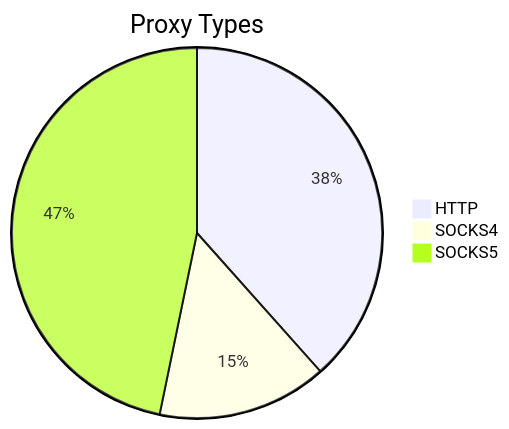
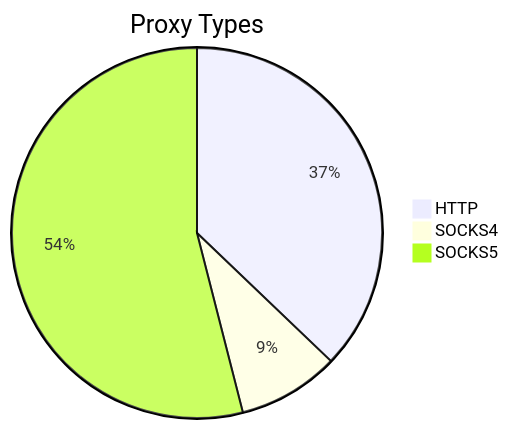
Before and after one commit to stormsia/proxy-list: the first of 2 diagrams in README.md, drawn with Mermaid. The commit also changed other lines of this file, not shown here.

````diff
--- a/README.md
+++ b/README.md
@@ -21,6 +21,6 @@
 ```mermaid
 pie title Proxy Types
-    "HTTP" : 285
-    "SOCKS4" : 110
-    "SOCKS5" : 347
+    "HTTP" : 289
+    "SOCKS4" : 69
+    "SOCKS5" : 420
 ```
````
